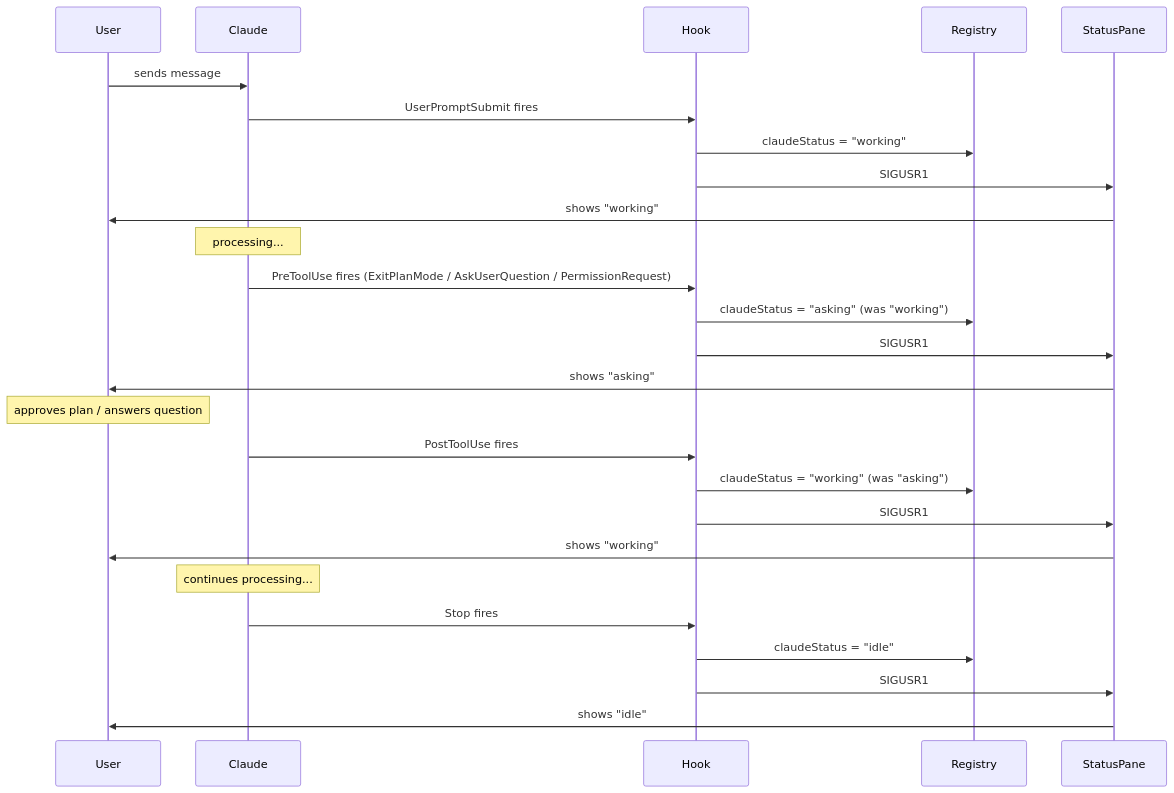
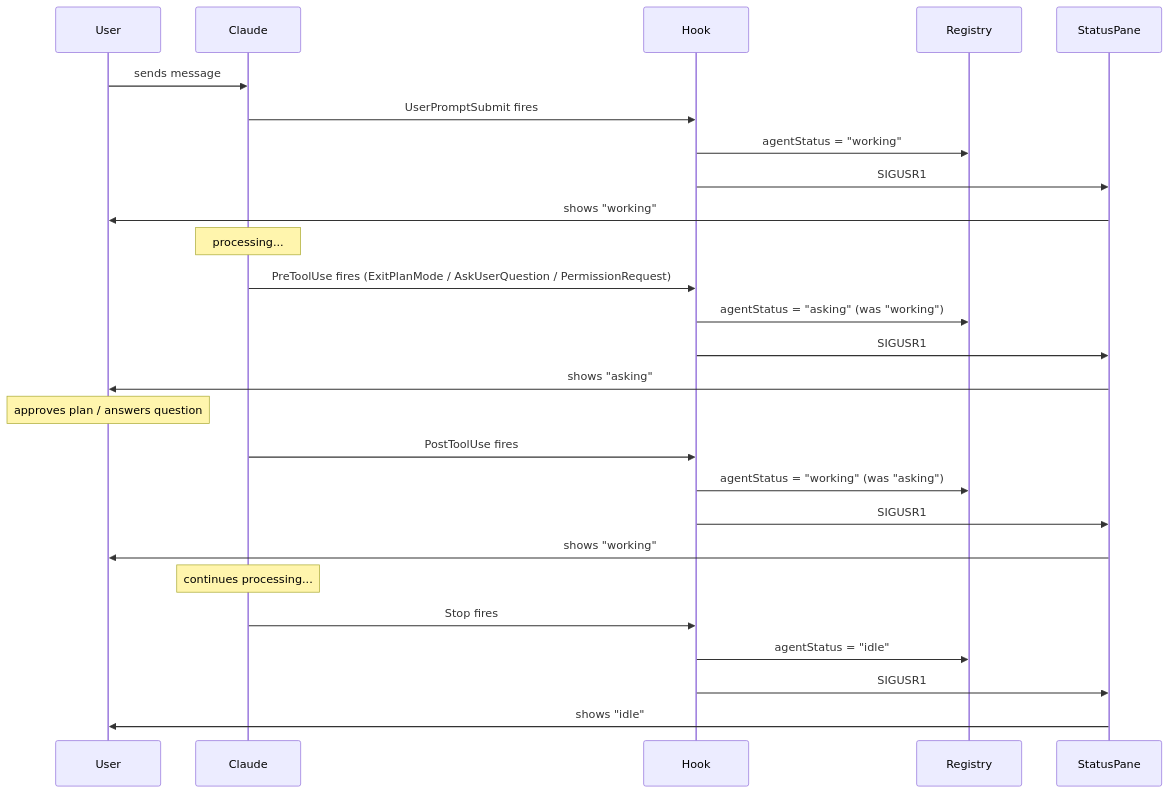
One commit to keychanger/garden changed the fourth of 4 diagrams in docs/STATUS.md. Above: the diagram before and after it, drawn with Mermaid. The commit also changed other lines of this file and 53 other files, not shown here.

````diff
--- a/docs/STATUS.md
+++ b/docs/STATUS.md
@@ -545,35 +545,35 @@
 ```mermaid
 sequenceDiagram
     participant User
     participant Claude
     participant Hook
     participant Registry
     participant StatusPane
 
     User->>Claude: sends message
     Claude->>Hook: UserPromptSubmit fires
-    Hook->>Registry: claudeStatus = "working"
+    Hook->>Registry: agentStatus = "working"
     Hook->>StatusPane: SIGUSR1
     StatusPane->>User: shows "working"
 
     Note over Claude: processing...
 
     Claude->>Hook: PreToolUse fires (ExitPlanMode / AskUserQuestion / PermissionRequest)
-    Hook->>Registry: claudeStatus = "asking" (was "working")
+    Hook->>Registry: agentStatus = "asking" (was "working")
     Hook->>StatusPane: SIGUSR1
     StatusPane->>User: shows "asking"
 
     Note over User: approves plan / answers question
 
     Claude->>Hook: PostToolUse fires
-    Hook->>Registry: claudeStatus = "working" (was "asking")
+    Hook->>Registry: agentStatus = "working" (was "asking")
     Hook->>StatusPane: SIGUSR1
     StatusPane->>User: shows "working"
 
     Note over Claude: continues processing...
 
     Claude->>Hook: Stop fires
-    Hook->>Registry: claudeStatus = "idle"
+    Hook->>Registry: agentStatus = "idle"
     Hook->>StatusPane: SIGUSR1
     StatusPane->>User: shows "idle"
 ```
````
